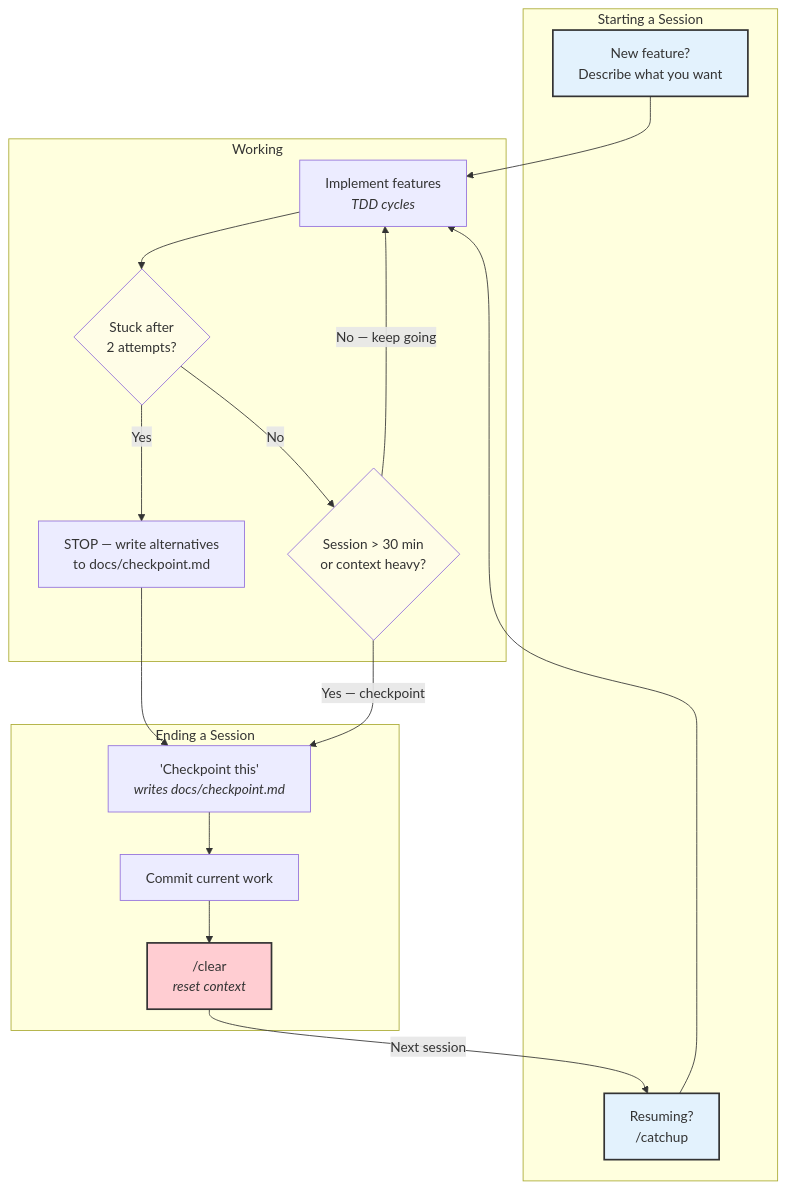
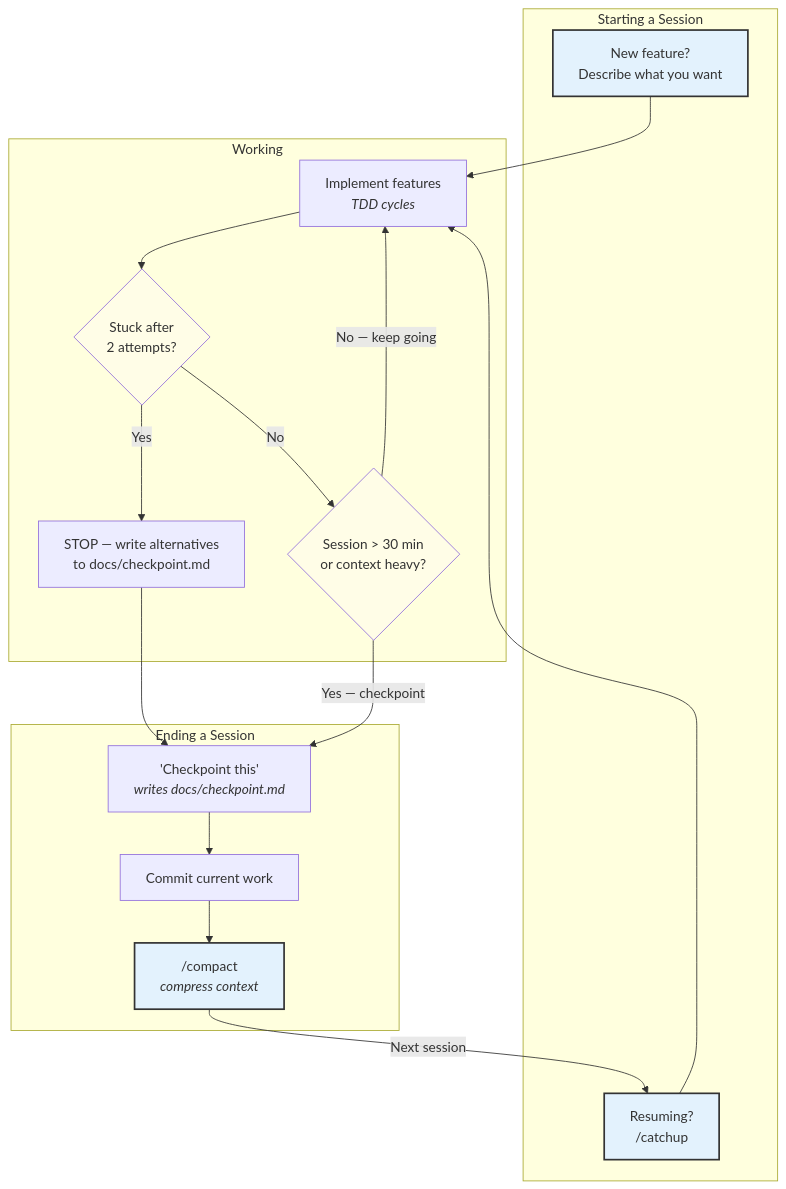
Before and after one commit to goldhaxx/fucina: the diagram in .ccanvil/guide/session-management.md, drawn with Mermaid. The commit also changed other lines of this file and 15 other files, not shown here.

````diff
--- a/.ccanvil/guide/session-management.md
+++ b/.ccanvil/guide/session-management.md
@@ -5,39 +5,39 @@
 ```mermaid
 flowchart TD
     subgraph "Starting a Session"
         NEW["New feature?<br/>Describe what you want"]
         RESUME["Resuming?<br/>/catchup"]
     end
 
     subgraph "Working"
         WORK["Implement features<br/><i>TDD cycles</i>"]
         STUCK{"Stuck after<br/>2 attempts?"}
         STOP["STOP — write alternatives<br/>to docs/checkpoint.md"]
         LONG{"Session > 30 min<br/>or context heavy?"}
     end
 
     subgraph "Ending a Session"
         CP["'Checkpoint this'<br/><i>writes docs/checkpoint.md</i>"]
         COMMIT["Commit current work"]
-        CLEAR["/clear<br/><i>reset context</i>"]
+        COMPACT["/compact<br/><i>compress context</i>"]
     end
 
     NEW --> WORK
     RESUME --> WORK
     WORK --> STUCK
     STUCK -->|"No"| LONG
     STUCK -->|"Yes"| STOP
     STOP --> CP
     LONG -->|"Yes — checkpoint"| CP
     LONG -->|"No — keep going"| WORK
     CP --> COMMIT
-    COMMIT --> CLEAR
+    COMMIT --> COMPACT
 
-    CLEAR -->|"Next session"| RESUME
+    COMPACT -->|"Next session"| RESUME
 
     style NEW fill:#e3f2fd,stroke:#333,stroke-width:2px
     style RESUME fill:#e3f2fd,stroke:#333,stroke-width:2px
-    style CLEAR fill:#ffcdd2,stroke:#333,stroke-width:2px
+    style COMPACT fill:#e3f2fd,stroke:#333,stroke-width:2px
     style STUCK fill:#fffde7
     style LONG fill:#fffde7
 ```
````
